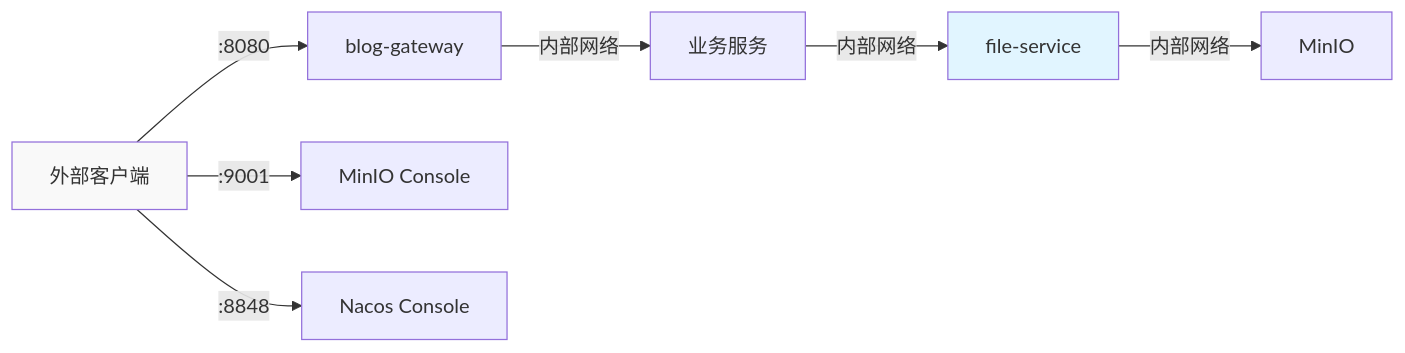
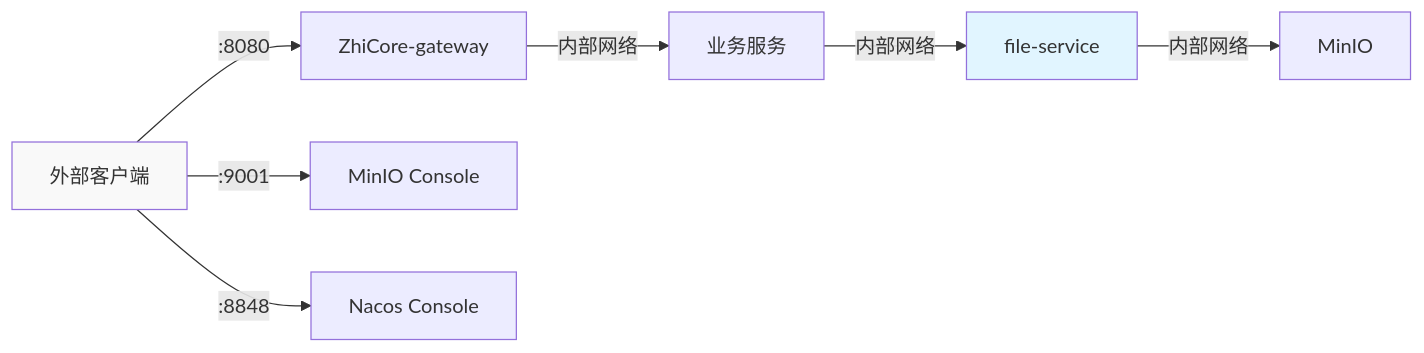
One commit to architectcgz/zhicore changed the third of 5 diagrams in docs/deployment/file-service-deployment.md. Above: the diagram before and after it, drawn with Mermaid. The commit also changed other lines of this file and 1789 other files, not shown here.

````diff
--- a/docs/deployment/file-service-deployment.md
+++ b/docs/deployment/file-service-deployment.md
@@ -450,13 +450,13 @@
 ```mermaid
 graph LR
-    A[外部客户端] -->|:8080| B[blog-gateway]
+    A[外部客户端] -->|:8080| B[ZhiCore-gateway]
     A -->|:9001| C[MinIO Console]
     A -->|:8848| D[Nacos Console]
     
     B -->|内部网络| E[业务服务]
     E -->|内部网络| F[file-service]
     F -->|内部网络| G[MinIO]
     
     style A fill:#f9f9f9
     style F fill:#e1f5ff
 ```
````
